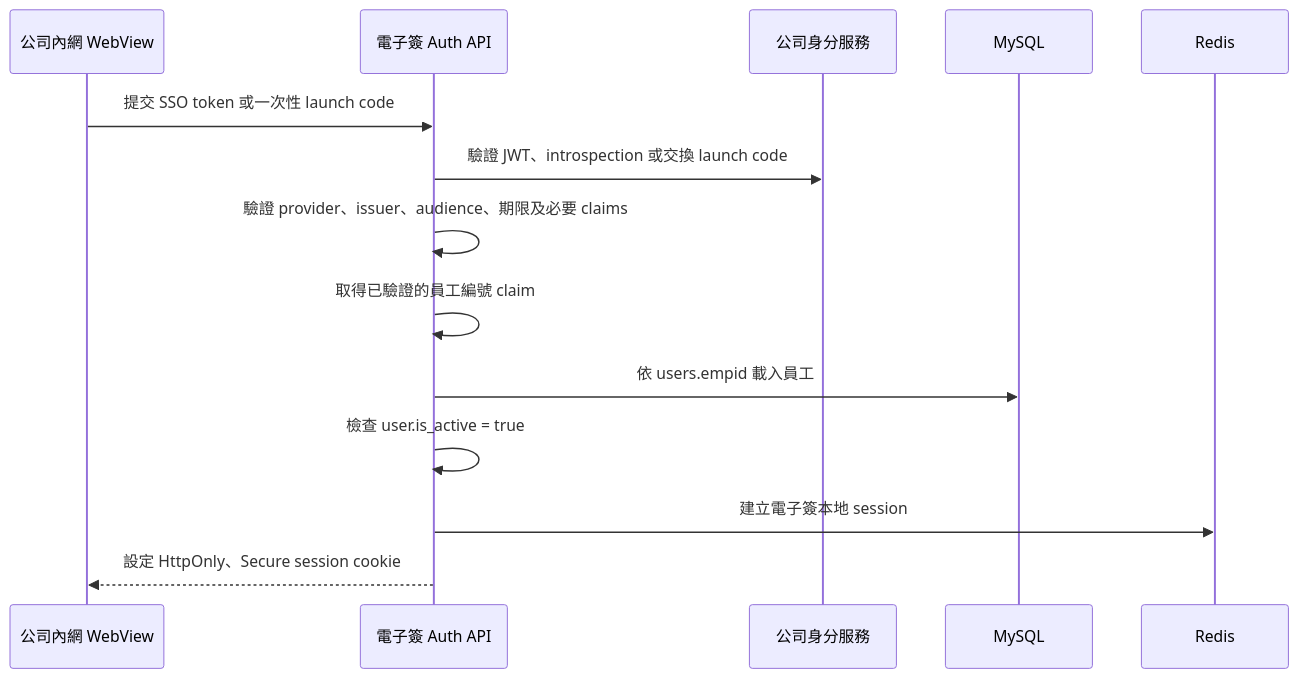
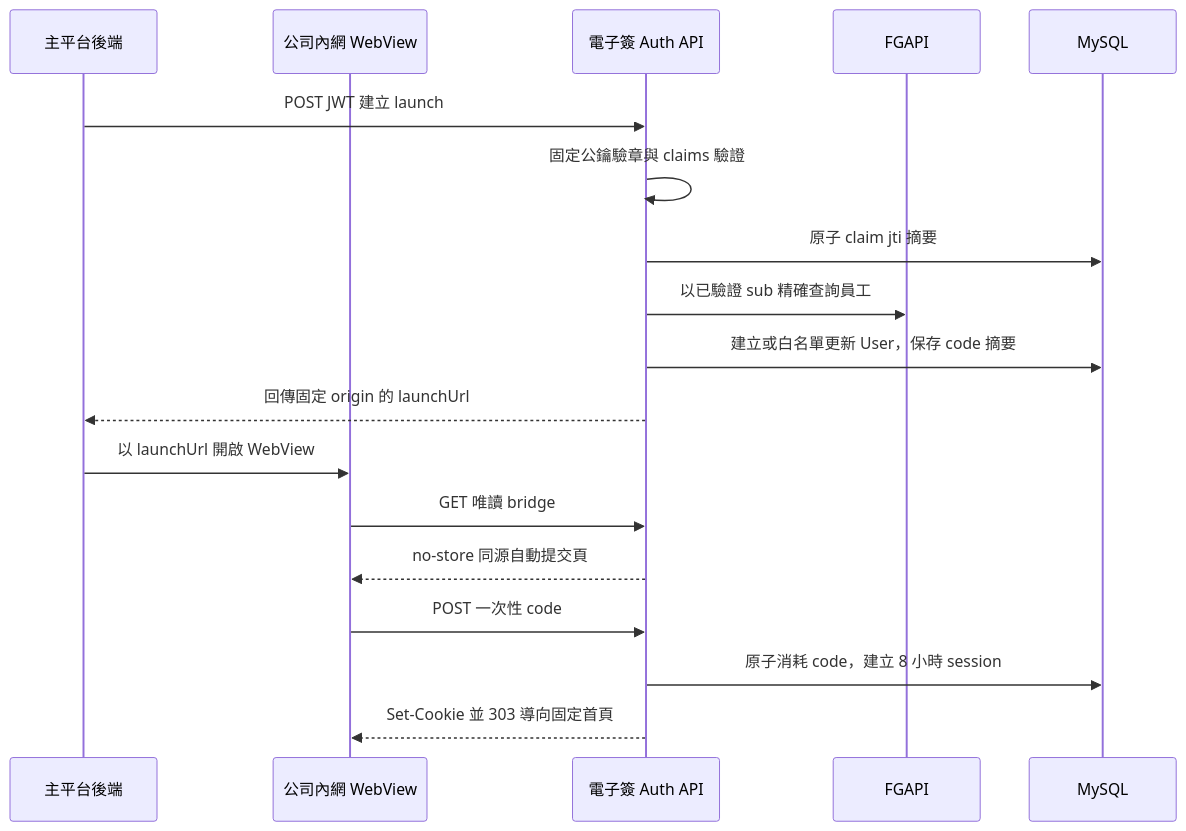
One commit to Eat2024/feastogether_intranet changed the second of 2 diagrams in server/docs/internal-electronic-signature-platform.md. Above: the diagram before and after it, drawn with Mermaid. The commit also changed other lines of this file and 70 other files, not shown here.

Commit message:
feat(auth): implement WebView SSO sessions

````diff
--- a/server/docs/internal-electronic-signature-platform.md
+++ b/server/docs/internal-electronic-signature-platform.md
@@ -191,17 +191,21 @@
 ```mermaid
 sequenceDiagram
+    participant Platform as 主平台後端
     participant WebView as 公司內網 WebView
     participant Auth as 電子簽 Auth API
-    participant IdP as 公司身分服務
+    participant FGAPI as FGAPI
     participant DB as MySQL
-    participant Redis as Redis
 
-    WebView->>Auth: 提交 SSO token 或一次性 launch code
-    Auth->>IdP: 驗證 JWT、introspection 或交換 launch code
-    Auth->>Auth: 驗證 provider、issuer、audience、期限及必要 claims
-    Auth->>Auth: 取得已驗證的員工編號 claim
-    Auth->>DB: 依 users.empid 載入員工
-    Auth->>Auth: 檢查 user.is_active = true
-    Auth->>Redis: 建立電子簽本地 session
-    Auth-->>WebView: 設定 HttpOnly、Secure session cookie
+    Platform->>Auth: POST JWT 建立 launch
+    Auth->>Auth: 固定公鑰驗章與 claims 驗證
+    Auth->>DB: 原子 claim jti 摘要
+    Auth->>FGAPI: 以已驗證 sub 精確查詢員工
+    Auth->>DB: 建立或白名單更新 User，保存 code 摘要
+    Auth-->>Platform: 回傳固定 origin 的 launchUrl
+    Platform->>WebView: 以 launchUrl 開啟 WebView
+    WebView->>Auth: GET 唯讀 bridge
+    Auth-->>WebView: no-store 同源自動提交頁
+    WebView->>Auth: POST 一次性 code
+    Auth->>DB: 原子消耗 code，建立 8 小時 session
+    Auth-->>WebView: Set-Cookie 並 303 導向固定首頁
 ```
````
